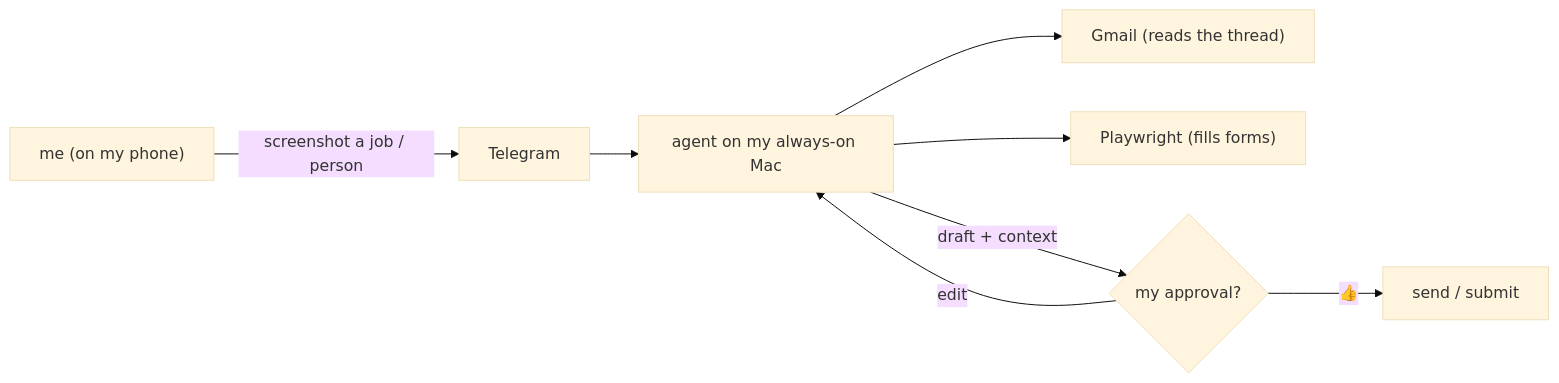
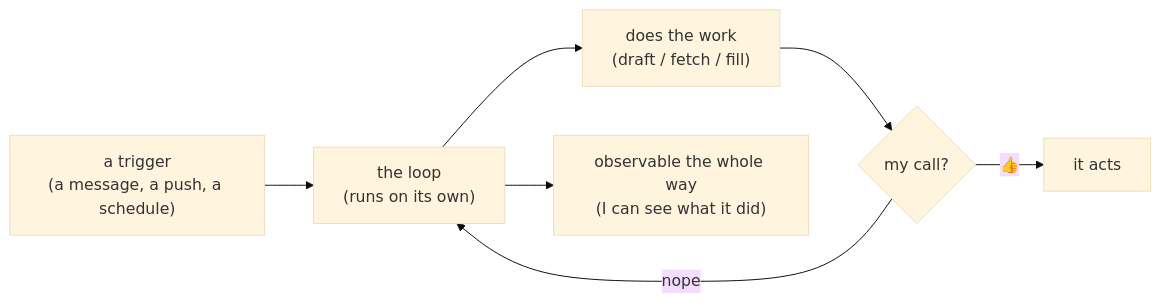
Before and after one commit to Animeshkr9044/Animeshkr9044: the second of 2 diagrams in README.md, drawn with Mermaid (base theme). The commit also changed other lines of this file, not shown here.

Commit message:
profile: philosophy-first — my take on context + loop engineering, no project list

````diff
--- a/README.md
+++ b/README.md
@@ -60,10 +56,9 @@
 ```mermaid
 flowchart LR
-    Me["me (on my phone)"] -->|screenshot a job / person| TG["Telegram"]
-    TG --> Agent["agent on my always-on Mac"]
-    Agent --> Gmail["Gmail (reads the thread)"]
-    Agent --> PW["Playwright (fills forms)"]
-    Agent -->|draft + context| Approve{"my approval?"}
-    Approve -->|👍| Send["send / submit"]
-    Approve -->|edit| Agent
+    Trigger["a trigger<br/>(a message, a push, a schedule)"] --> Loop["the loop<br/>(runs on its own)"]
+    Loop --> Work["does the work<br/>(draft / fetch / fill)"]
+    Work --> Gate{"my call?"}
+    Gate -->|👍| Act["it acts"]
+    Gate -->|nope| Loop
+    Loop --> Obs["observable the whole way<br/>(I can see what it did)"]
 ```
````
